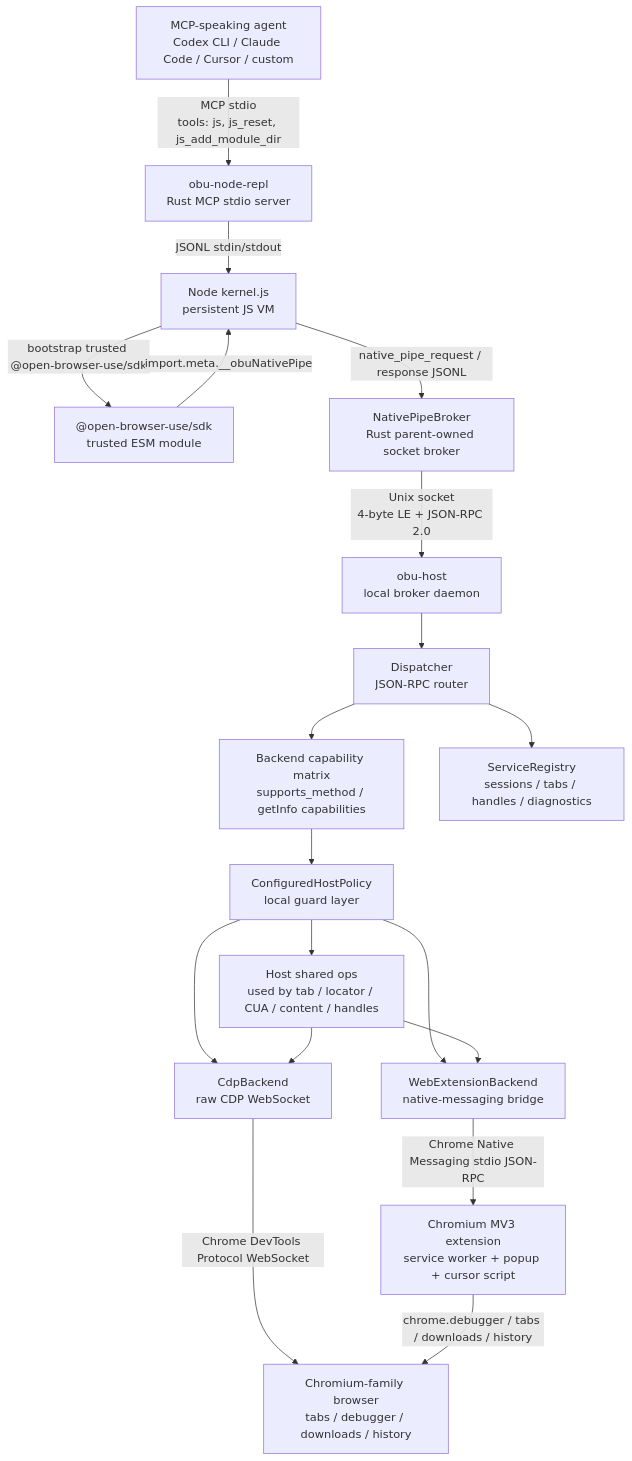
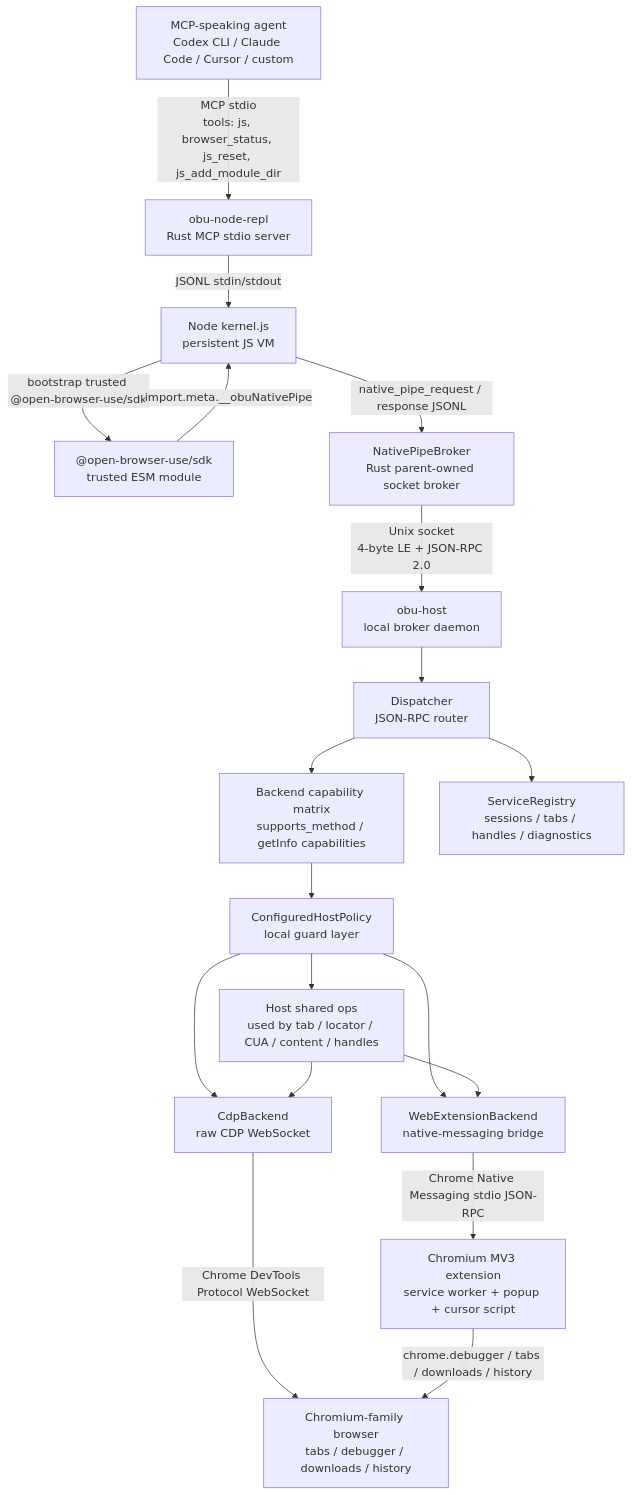
Before and after one commit to open-browser-use/open-browser-use: the first of 9 diagrams in docs/current-product-architecture.md, drawn with Mermaid. The commit also changed other lines of this file, not shown here.

Commit message:
docs: sync architecture tool references

````diff
--- a/docs/current-product-architecture.md
+++ b/docs/current-product-architecture.md
@@ -26,37 +26,37 @@
 ```mermaid
 flowchart TB
   Agent["MCP-speaking agent<br/>Codex CLI / Claude Code / Cursor / custom"]
   NodeRepl["obu-node-repl<br/>Rust MCP stdio server"]
   Kernel["Node kernel.js<br/>persistent JS VM"]
   SDK["@open-browser-use/sdk<br/>trusted ESM module"]
   Broker["NativePipeBroker<br/>Rust parent-owned socket broker"]
   Host["obu-host<br/>local broker daemon"]
   Dispatcher["Dispatcher<br/>JSON-RPC router"]
   Capability["Backend capability matrix<br/>supports_method / getInfo capabilities"]
   Policy["ConfiguredHostPolicy<br/>local guard layer"]
   SharedOps["Host shared ops<br/>used by tab / locator / CUA / content / handles"]
   Registry["ServiceRegistry<br/>sessions / tabs / handles / diagnostics"]
   Cdp["CdpBackend<br/>raw CDP WebSocket"]
   WebExtBackend["WebExtensionBackend<br/>native-messaging bridge"]
   Extension["Chromium MV3 extension<br/>service worker + popup + cursor script"]
   Browser["Chromium-family browser<br/>tabs / debugger / downloads / history"]
 
-  Agent -->|"MCP stdio<br/>tools: js, js_reset, js_add_module_dir"| NodeRepl
+  Agent -->|"MCP stdio<br/>tools: js, browser_status, js_reset, js_add_module_dir"| NodeRepl
   NodeRepl -->|"JSONL stdin/stdout"| Kernel
   Kernel -->|"bootstrap trusted @open-browser-use/sdk"| SDK
   SDK -->|"import.meta.__obuNativePipe"| Kernel
   Kernel -->|"native_pipe_request / response JSONL"| Broker
   Broker -->|"Unix socket<br/>4-byte LE + JSON-RPC 2.0"| Host
   Host --> Dispatcher
   Dispatcher --> Capability
   Capability --> Policy
   Dispatcher --> Registry
   Policy --> SharedOps
   Policy --> Cdp
   Policy --> WebExtBackend
   SharedOps --> Cdp
   SharedOps --> WebExtBackend
   Cdp -->|"Chrome DevTools Protocol WebSocket"| Browser
   WebExtBackend -->|"Chrome Native Messaging stdio JSON-RPC"| Extension
   Extension -->|"chrome.debugger / tabs / downloads / history"| Browser
 ```
````
